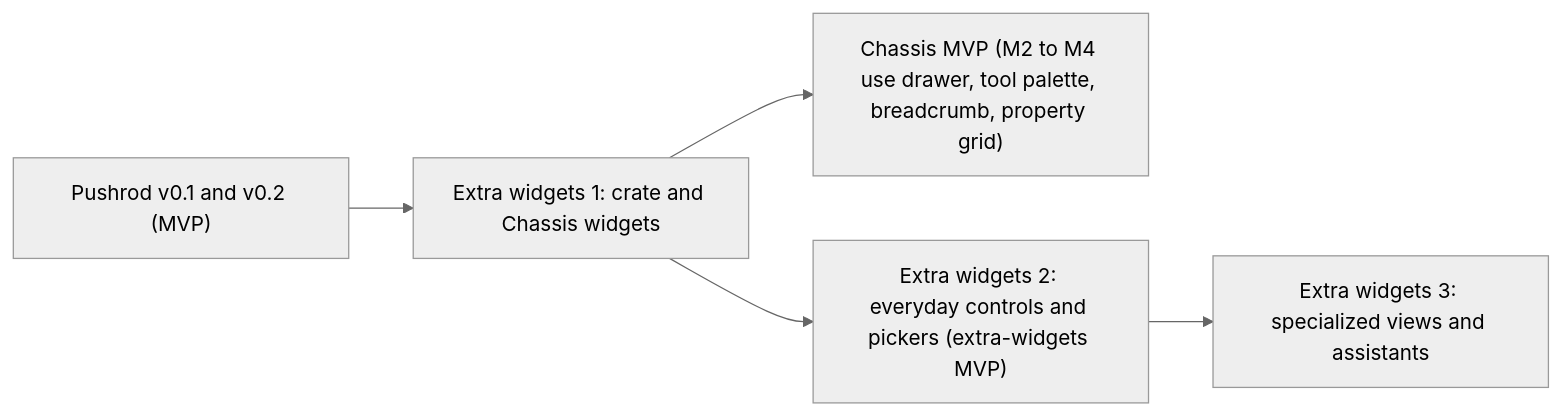
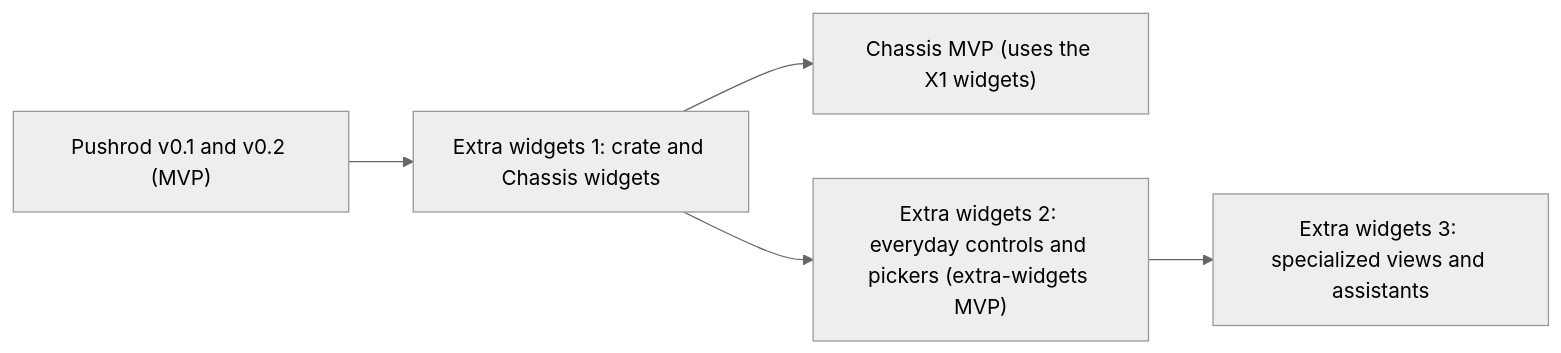
One commit to KenSuenobu/rust-pushrod changed the diagram in docs/ROADMAP_EXTRA_WIDGETS.md. Above: the diagram before and after it, drawn with Mermaid (neutral theme). The commit also changed other lines of this file and 61 other files, not shown here.

First line of the commit message:
docs: text truncation and wrapping in the MVP, the Pushrod Showcase, and eight more extra widgets

````diff
--- a/docs/ROADMAP_EXTRA_WIDGETS.md
+++ b/docs/ROADMAP_EXTRA_WIDGETS.md
@@ -1693,7 +1996,7 @@
 ```mermaid
 flowchart LR
   P["Pushrod v0.1 and v0.2 (MVP)"] --> X1["Extra widgets 1: crate and Chassis widgets"]
-  X1 --> CH["Chassis MVP (M2 to M4 use drawer, tool palette, breadcrumb, property grid)"]
+  X1 --> CH["Chassis MVP (uses the X1 widgets)"]
   X1 --> X2["Extra widgets 2: everyday controls and pickers (extra-widgets MVP)"]
   X2 --> X3["Extra widgets 3: specialized views and assistants"]
 ```
````
